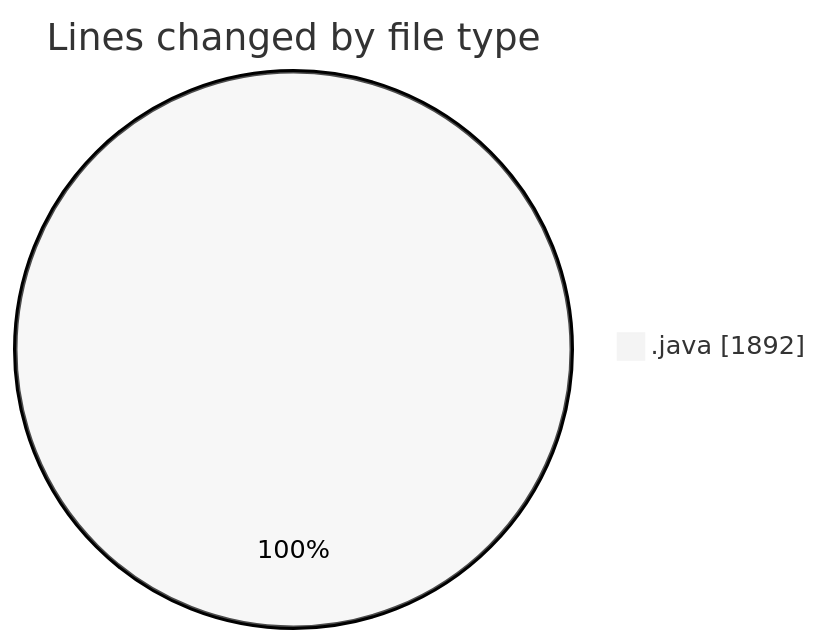
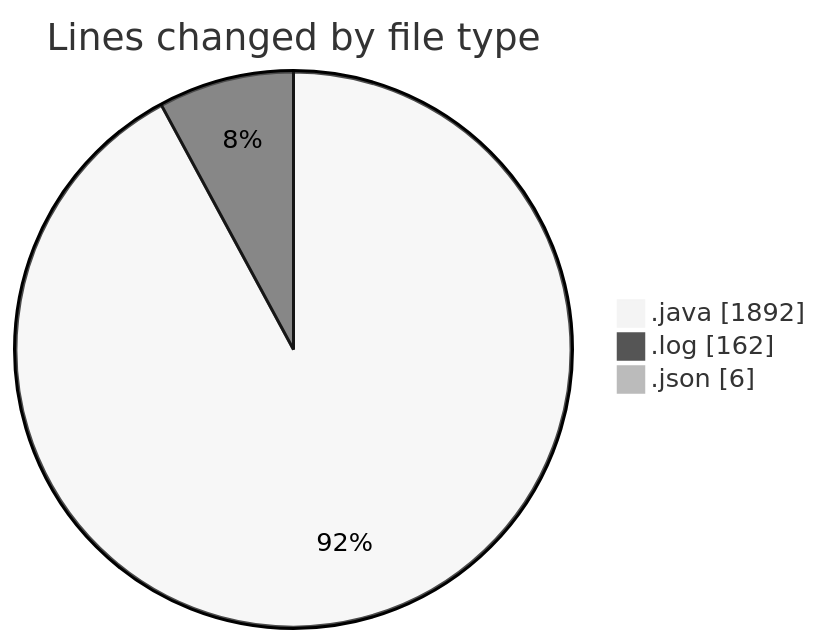
The first of 2 diagrams in 2026-06-17/cilapp/README.md (ricardozamudiocil/code-tracking), drawn with Mermaid (neutral theme) before and after one commit. The commit also changed other lines of this file and 1 other file, not shown here.

````diff
--- a/2026-06-17/cilapp/README.md
+++ b/2026-06-17/cilapp/README.md
@@ -20,5 +22,7 @@
 ```mermaid
 pie showData
 title Lines changed by file type
 ".java" : 1892
+".log" : 162
+".json" : 6
 ```
````
